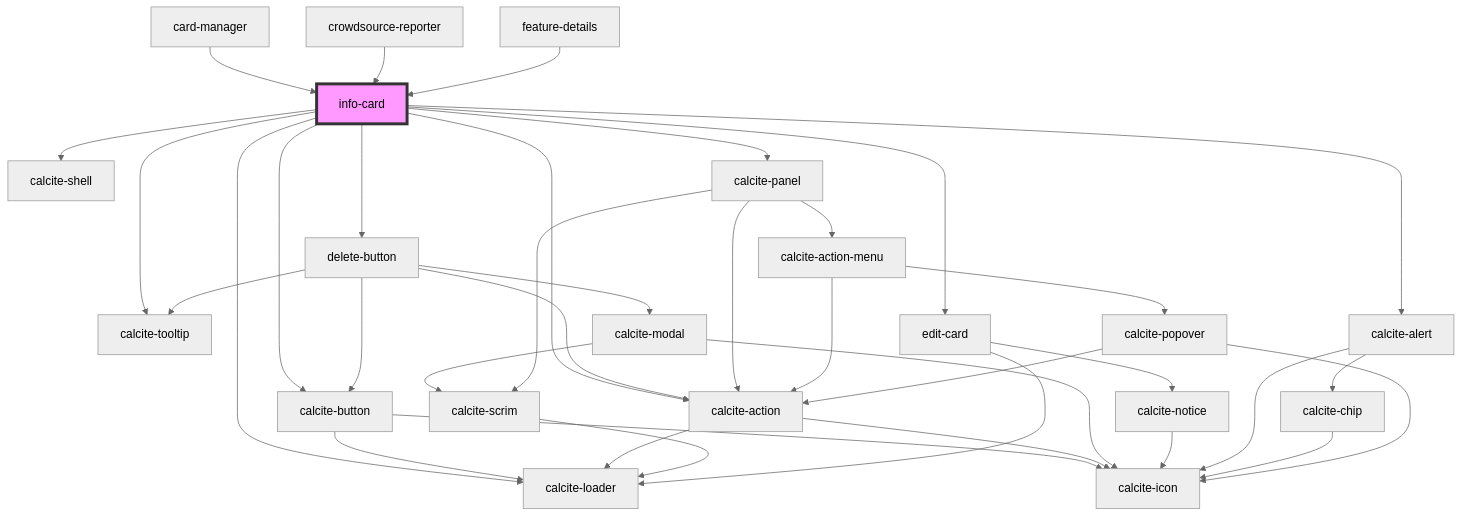
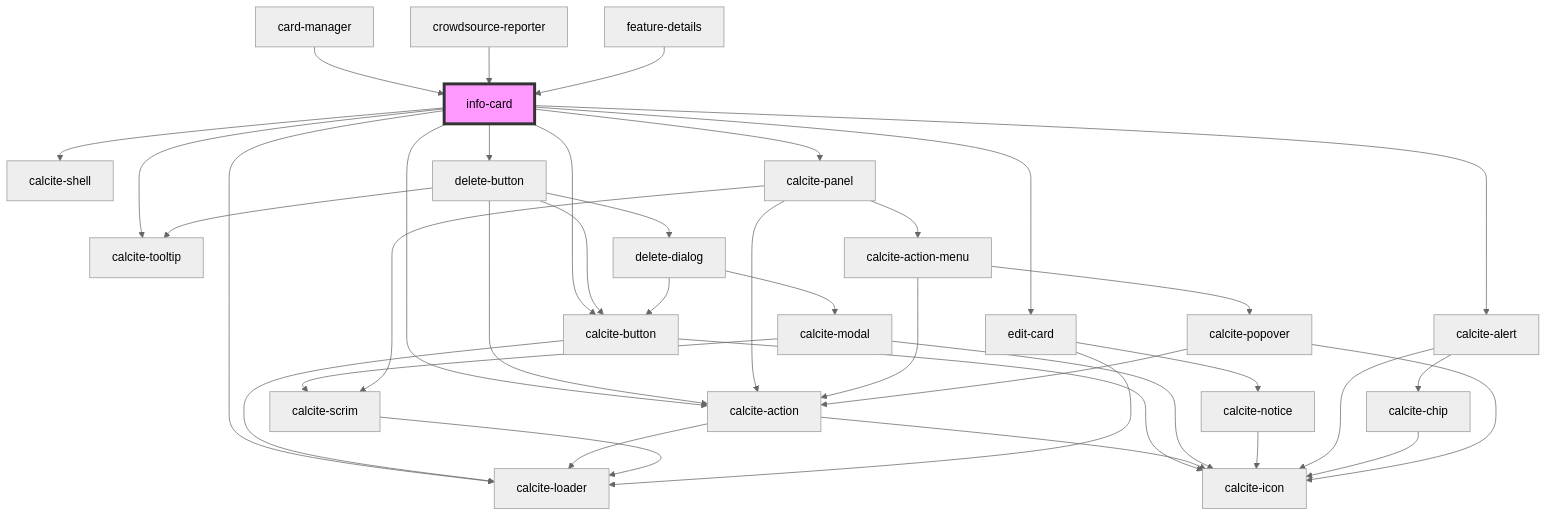
One commit to Esri/solutions-components changed the diagram in src/components/info-card/readme.md. Above: the diagram before and after it, drawn with Mermaid (neutral theme). The commit also changed 51 other files, not shown here.

Commit message:
add strings and show dialog from delete-button

````diff
--- a/src/components/info-card/readme.md
+++ b/src/components/info-card/readme.md
@@ -121,40 +121,42 @@
 ```mermaid
 graph TD;
   info-card --> calcite-shell
   info-card --> calcite-loader
   info-card --> calcite-button
   info-card --> delete-button
   info-card --> calcite-tooltip
   info-card --> calcite-action
   info-card --> edit-card
   info-card --> calcite-alert
   info-card --> calcite-panel
   calcite-button --> calcite-loader
   calcite-button --> calcite-icon
   delete-button --> calcite-button
   delete-button --> calcite-action
   delete-button --> calcite-tooltip
-  delete-button --> calcite-modal
+  delete-button --> delete-dialog
   calcite-action --> calcite-loader
   calcite-action --> calcite-icon
+  delete-dialog --> calcite-modal
+  delete-dialog --> calcite-button
   calcite-modal --> calcite-scrim
   calcite-modal --> calcite-icon
   calcite-scrim --> calcite-loader
   edit-card --> calcite-notice
   edit-card --> calcite-loader
   calcite-notice --> calcite-icon
   calcite-alert --> calcite-icon
   calcite-alert --> calcite-chip
   calcite-chip --> calcite-icon
   calcite-panel --> calcite-action
   calcite-panel --> calcite-action-menu
   calcite-panel --> calcite-scrim
   calcite-action-menu --> calcite-action
   calcite-action-menu --> calcite-popover
   calcite-popover --> calcite-action
   calcite-popover --> calcite-icon
   card-manager --> info-card
   crowdsource-reporter --> info-card
   feature-details --> info-card
   style info-card fill:#f9f,stroke:#333,stroke-width:4px
 ```
````
